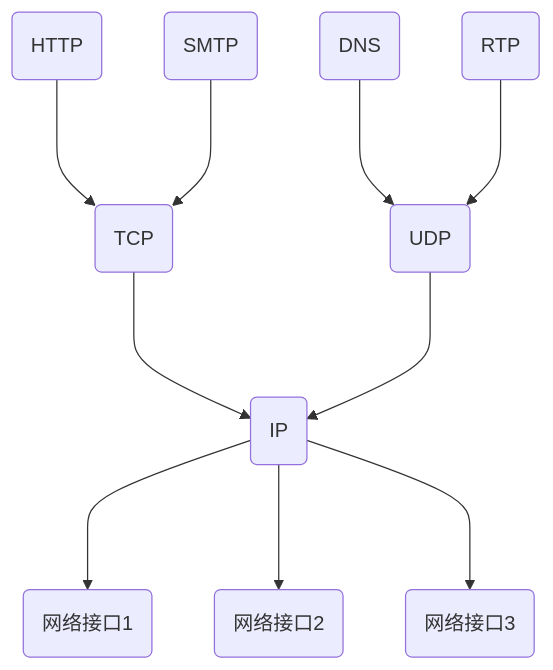
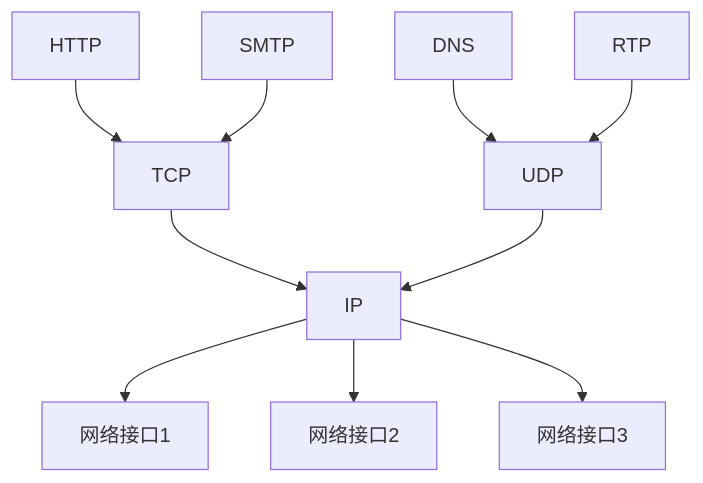
The diagram in _posts/2022-3-2-Courses-2022春-计网-第3讲.md (showmydata/showmydata.github.io), drawn with Mermaid before and after one commit.

```diff
--- a/_posts/2022-3-2-Courses-2022春-计网-第3讲.md
+++ b/_posts/2022-3-2-Courses-2022春-计网-第3讲.md
@@ -140,22 +140,22 @@
 <div class="mermaid">
 graph TD
-A1(HTTP);
-A2(SMTP);
-A3(DNS);
-A4(RTP);
-B1(TCP);
-B2(UDP);
-C1(IP);
-D1(网络接口1);
-D2(网络接口2);
-D3(网络接口3);
-A1--->B1;
-A2--->B1;
-A3--->B2;
-A4--->B2;
-B1--->C1;
-B2--->C1;
-C1--->D1;
-C1--->D2;
-C1--->D3;
+A1[HTTP];
+A2[SMTP];
+A3[DNS];
+A4[RTP];
+B1[TCP];
+B2[UDP];
+C1[IP];
+D1[网络接口1];
+D2[网络接口2];
+D3[网络接口3];
+A1-->B1;
+A2-->B1;
+A3-->B2;
+A4-->B2;
+B1-->C1;
+B2-->C1;
+C1-->D1;
+C1-->D2;
+C1-->D3;
 </div>
```
